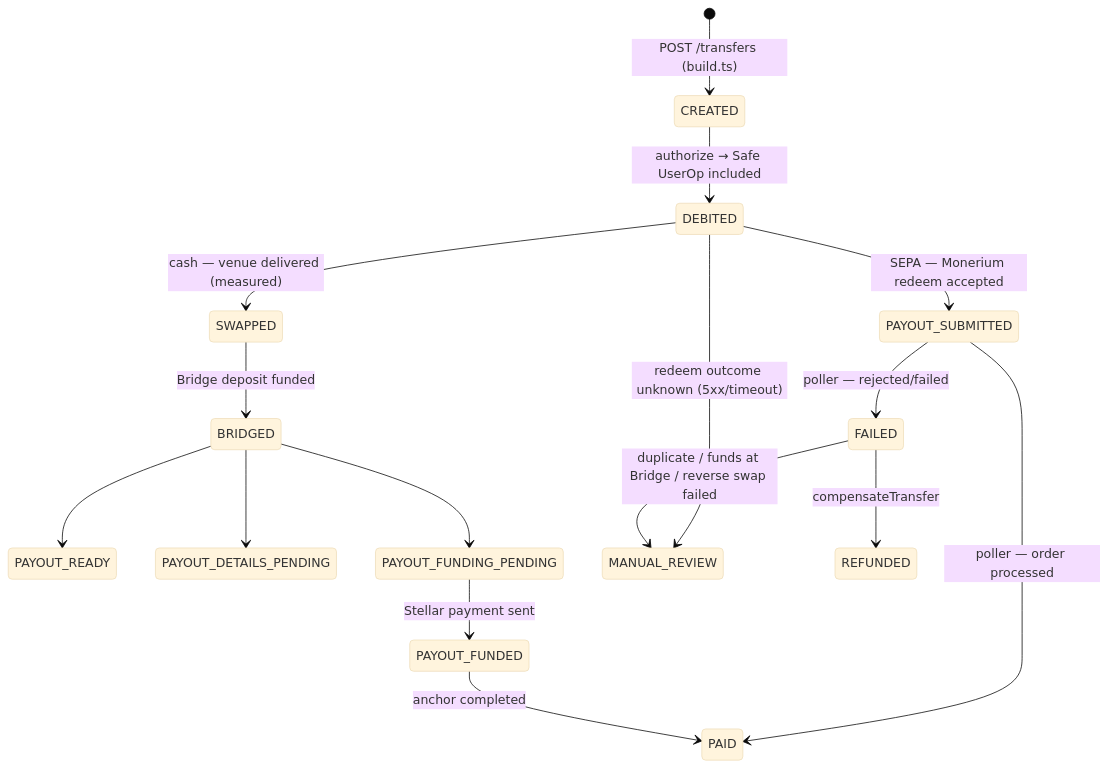
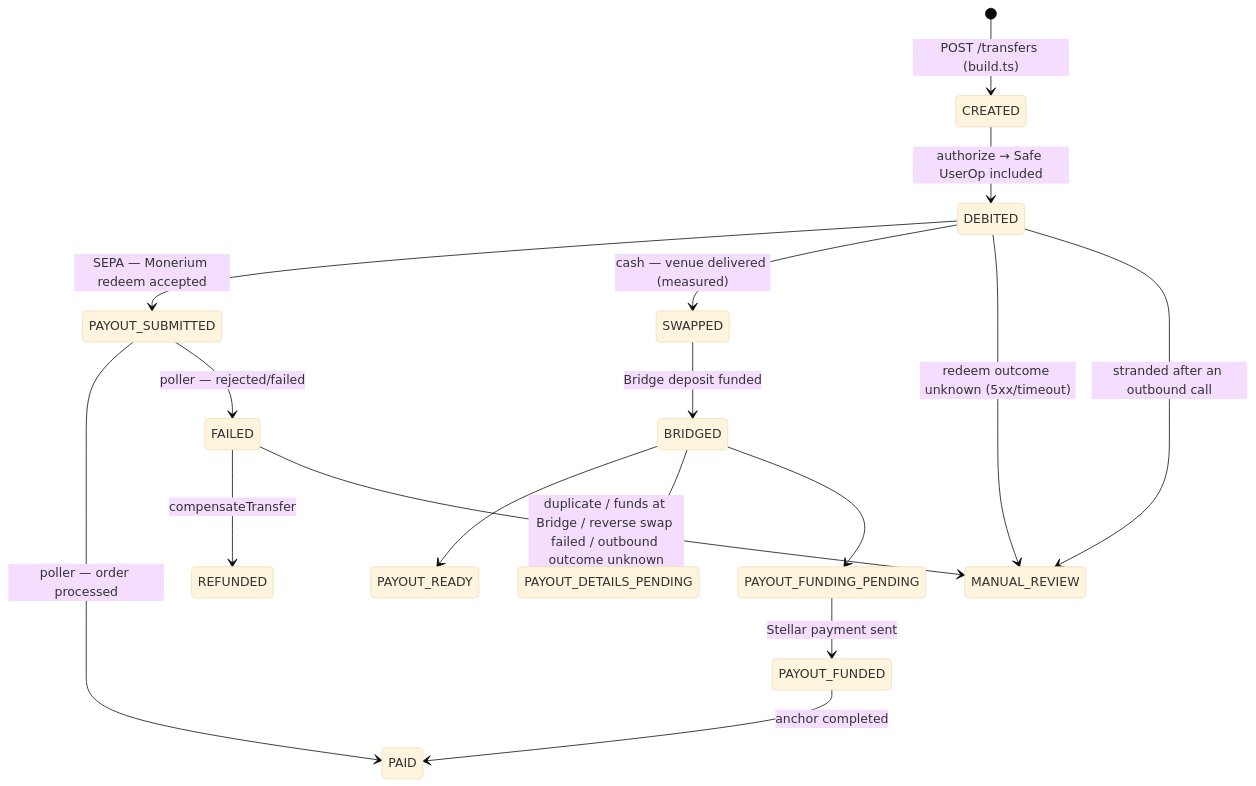
One commit to Zoldenburg-me/Zold-app changed the second of 4 diagrams in docs/architecture/technical-architecture.md. Above: the diagram before and after it, drawn with Mermaid (base theme). The commit also changed other lines of this file and 15 other files, not shown here.

````diff
--- a/docs/architecture/technical-architecture.md
+++ b/docs/architecture/technical-architecture.md
@@ -339,18 +341,19 @@
 ```mermaid
 stateDiagram-v2
   [*] --> CREATED: POST /transfers (build.ts)
   CREATED --> DEBITED: authorize → Safe UserOp included
   DEBITED --> PAYOUT_SUBMITTED: SEPA — Monerium redeem accepted
   PAYOUT_SUBMITTED --> PAID: poller — order processed
   PAYOUT_SUBMITTED --> FAILED: poller — rejected/failed
   DEBITED --> SWAPPED: cash — venue delivered (measured)
   SWAPPED --> BRIDGED: Bridge deposit funded
   BRIDGED --> PAYOUT_READY
   BRIDGED --> PAYOUT_DETAILS_PENDING
   BRIDGED --> PAYOUT_FUNDING_PENDING
   PAYOUT_FUNDING_PENDING --> PAYOUT_FUNDED: Stellar payment sent
   PAYOUT_FUNDED --> PAID: anchor completed
   DEBITED --> MANUAL_REVIEW: redeem outcome unknown (5xx/timeout)
+  DEBITED --> MANUAL_REVIEW: stranded after an outbound call
   FAILED --> REFUNDED: compensateTransfer
-  FAILED --> MANUAL_REVIEW: duplicate / funds at Bridge / reverse swap failed
+  FAILED --> MANUAL_REVIEW: duplicate / funds at Bridge / reverse swap failed / outbound outcome unknown
 ```
````
